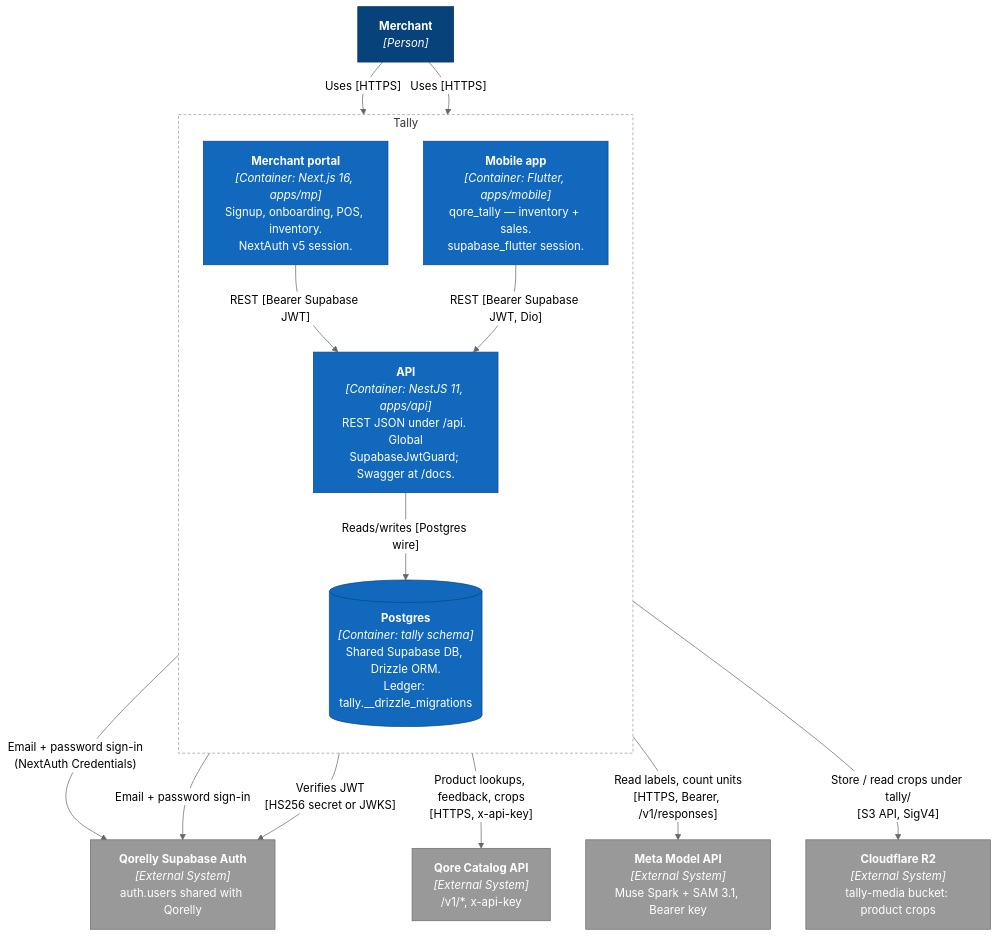
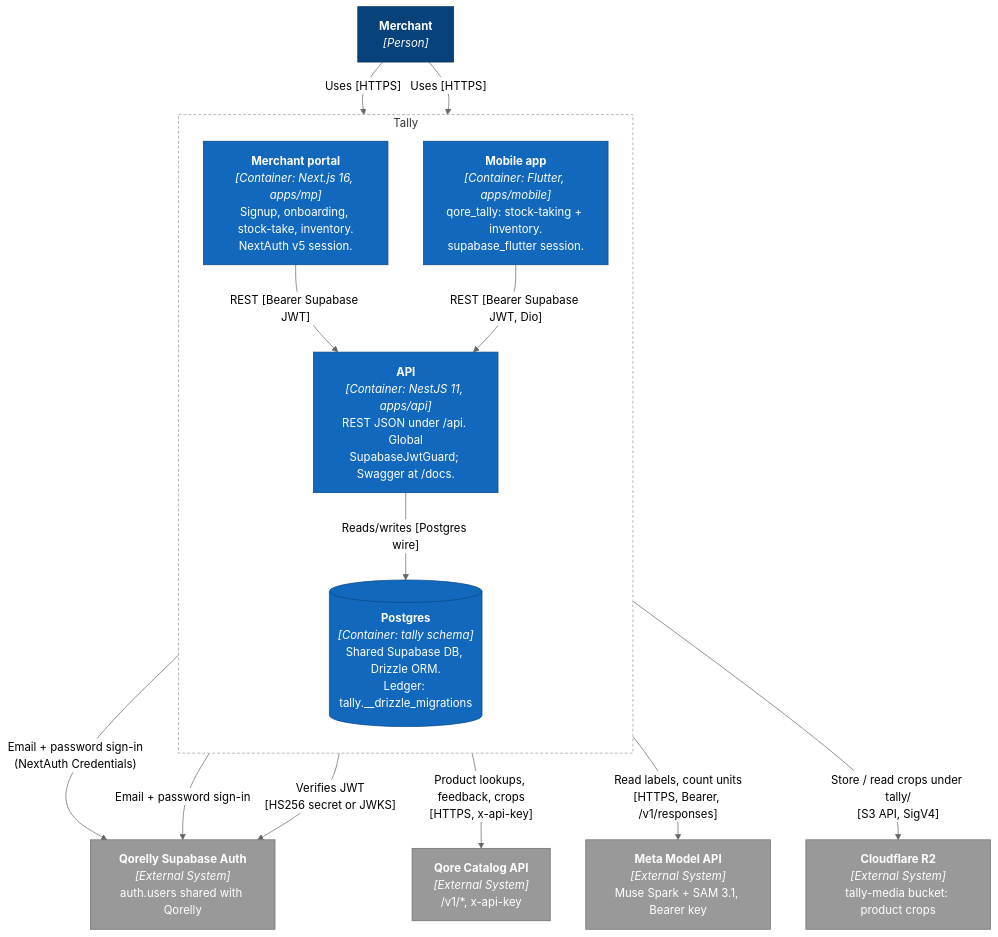
The diagram in docs/diagrams/mermaid/c4-container.mmd (usecorehq/tally), drawn with Mermaid before and after one commit. The commit also changed 41 other files, not shown here.

First line of the commit message:
docs: focus tally on photo-to-inventory, drop pos and selling

```diff
--- a/docs/diagrams/mermaid/c4-container.mmd
+++ b/docs/diagrams/mermaid/c4-container.mmd
@@ -1,41 +1,41 @@
 %%{init: {"theme": "neutral"} }%%
 flowchart TB
     merchant["<b>Merchant</b><br/><i>[Person]</i>"]
 
     supabase["<b>Qorelly Supabase Auth</b><br/><i>[External System]</i><br/>auth.users shared with Qorelly"]
     catalog["<b>Qore Catalog API</b><br/><i>[External System]</i><br/>/v1/*, x-api-key"]
     meta["<b>Meta Model API</b><br/><i>[External System]</i><br/>Muse Spark + SAM 3.1, Bearer key"]
     r2["<b>Cloudflare R2</b><br/><i>[External System]</i><br/>tally-media bucket: product crops"]
 
     subgraph tally[" Tally "]
         direction TB
-        mp["<b>Merchant portal</b><br/><i>[Container: Next.js 16, apps/mp]</i><br/>Signup, onboarding, POS, inventory.<br/>NextAuth v5 session."]
-        mobile["<b>Mobile app</b><br/><i>[Container: Flutter, apps/mobile]</i><br/>qore_tally — inventory + sales.<br/>supabase_flutter session."]
+        mp["<b>Merchant portal</b><br/><i>[Container: Next.js 16, apps/mp]</i><br/>Signup, onboarding, stock-take, inventory.<br/>NextAuth v5 session."]
+        mobile["<b>Mobile app</b><br/><i>[Container: Flutter, apps/mobile]</i><br/>qore_tally: stock-taking + inventory.<br/>supabase_flutter session."]
         api["<b>API</b><br/><i>[Container: NestJS 11, apps/api]</i><br/>REST JSON under /api. Global<br/>SupabaseJwtGuard; Swagger at /docs."]
         db[("<b>Postgres</b><br/><i>[Container: tally schema]</i><br/>Shared Supabase DB, Drizzle ORM.<br/>Ledger: tally.__drizzle_migrations")]
     end
 
     merchant -- "Uses [HTTPS]" --> mp
     merchant -- "Uses [HTTPS]" --> mobile
 
     mp -- "Email + password sign-in<br/>(NextAuth Credentials)" --> supabase
     mobile -- "Email + password sign-in" --> supabase
 
     mp -- "REST [Bearer Supabase JWT]" --> api
     mobile -- "REST [Bearer Supabase JWT, Dio]" --> api
 
     api -- "Verifies JWT<br/>[HS256 secret or JWKS]" --> supabase
     api -- "Reads/writes [Postgres wire]" --> db
     api -- "Product lookups, feedback, crops<br/>[HTTPS, x-api-key]" --> catalog
     api -- "Read labels, count units<br/>[HTTPS, Bearer, /v1/responses]" --> meta
     api -- "Store / read crops under tally/<br/>[S3 API, SigV4]" --> r2
 
     classDef person fill:#08427b,stroke:#052e56,color:#fff
     classDef container fill:#1168bd,stroke:#0b4884,color:#fff
     classDef external fill:#999999,stroke:#6b6b6b,color:#fff
     classDef planned fill:#ffffff,stroke:#1168bd,color:#1168bd,stroke-dasharray: 5 3
     classDef boundary fill:#ffffff,stroke:#999999,color:#333,stroke-dasharray: 4 3
     class merchant person
     class mp,mobile,api,db container
     class supabase,catalog,meta,r2 external
     class tally boundary
```
